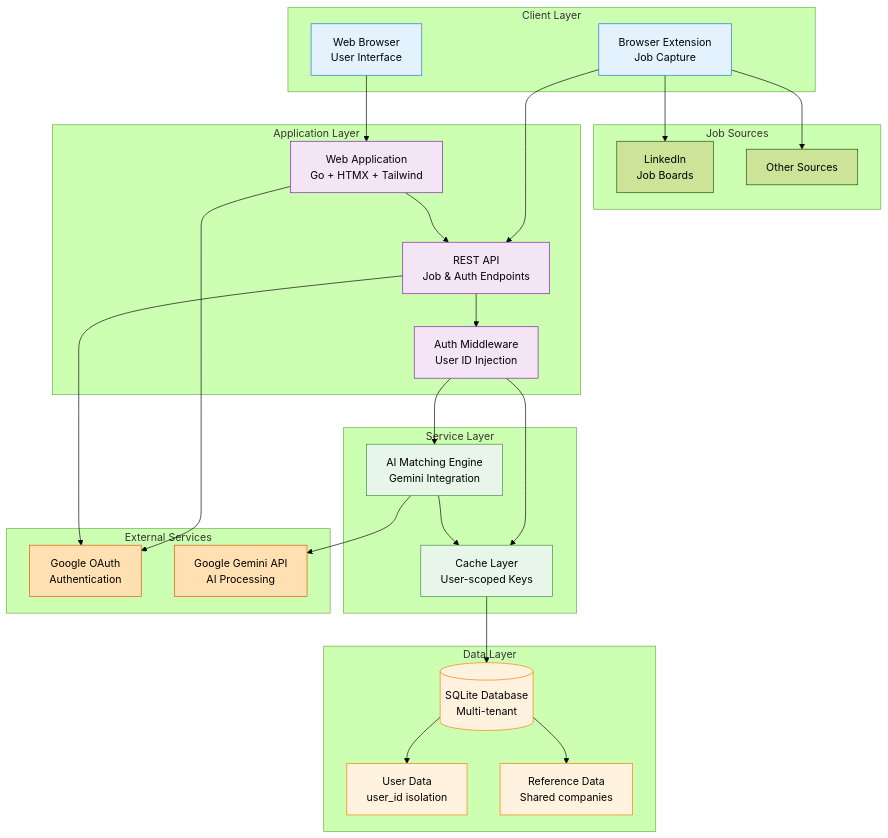
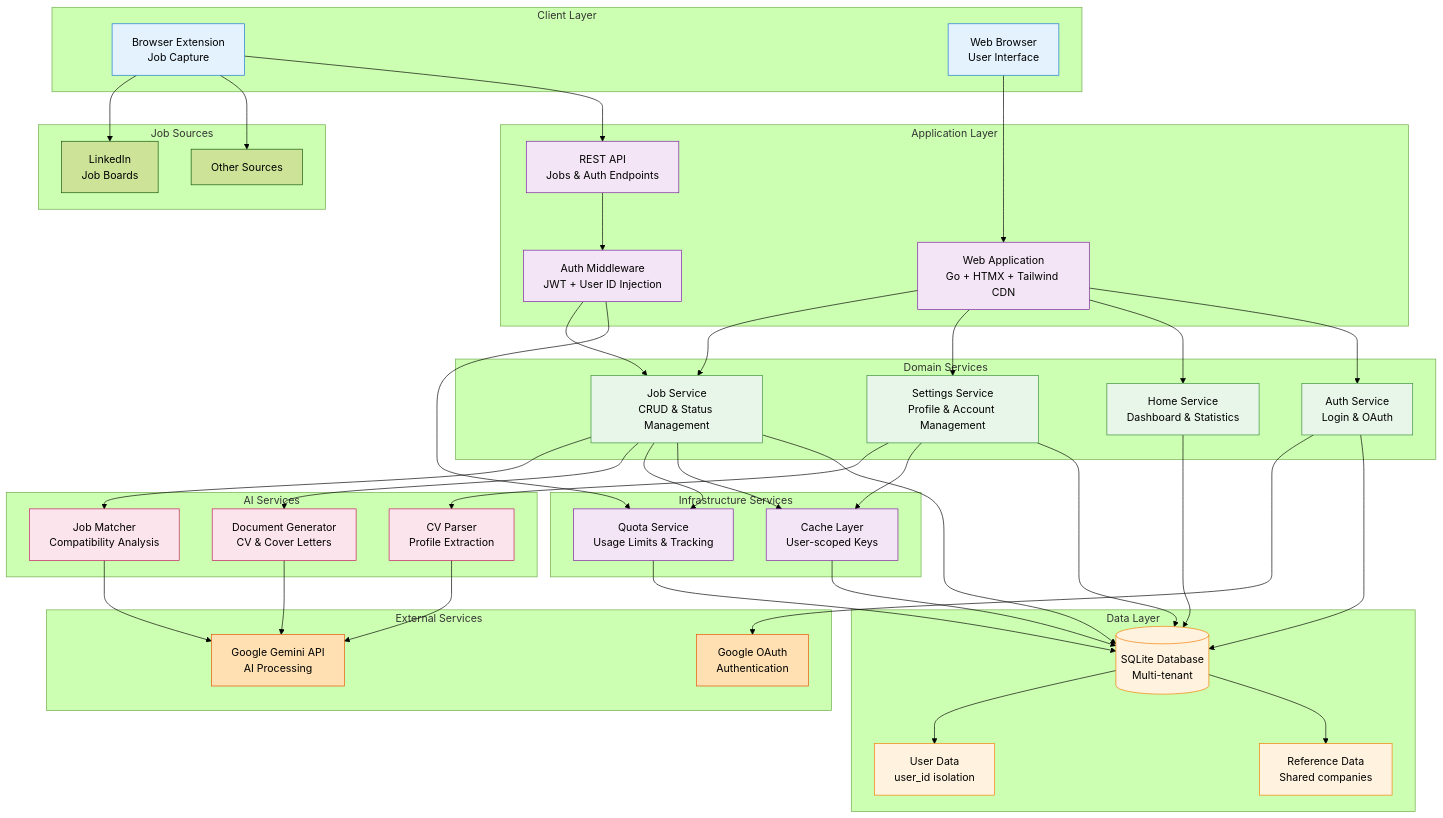
The diagram in docs/ARCHITECTURE.md (benidevo/vega), drawn with Mermaid (forest theme) before and after one commit. The commit also changed other lines of this file and 32 other files, not shown here.

````diff
--- a/docs/ARCHITECTURE.md
+++ b/docs/ARCHITECTURE.md
@@ -17,13 +17,26 @@
     end
 
     subgraph "Application Layer"
-        WA[Web Application<br/>Go + HTMX + Tailwind]
-        API[REST API<br/>Job & Auth Endpoints]
-        MW[Auth Middleware<br/>User ID Injection]
+        WA[Web Application<br/>Go + HTMX + Tailwind CDN]
+        API[REST API<br/>Jobs & Auth Endpoints]
+        MW[Auth Middleware<br/>JWT + User ID Injection]
     end
 
-    subgraph "Service Layer"
-        AI[AI Matching Engine<br/>Gemini Integration]
+    subgraph "Domain Services"
+        JOB[Job Service<br/>CRUD & Status Management]
+        SETTINGS[Settings Service<br/>Profile & Account Management]
+        HOME[Home Service<br/>Dashboard & Statistics]
+        AUTH[Auth Service<br/>Login & OAuth]
+    end
+
+    subgraph "AI Services"
+        AIMATCH[Job Matcher<br/>Compatibility Analysis]
+        AIGEN[Document Generator<br/>CV & Cover Letters]
+        AIPARSE[CV Parser<br/>Profile Extraction]
+    end
+
+    subgraph "Infrastructure Services"
+        QUOTA[Quota Service<br/>Usage Limits & Tracking]
         CACHE[Cache Layer<br/>User-scoped Keys]
     end
 
@@ -44,35 +57,59 @@
     BE --> API
     WB --> WA
 
-    %% Application flow
-    WA --> API
+    %% Web App to Services
+    WA --> JOB
+    WA --> SETTINGS
+    WA --> HOME
+    WA --> AUTH
+
+    %% API to Services
     API --> MW
-    MW --> AI
-    MW --> CACHE
+    MW --> JOB
+    MW --> QUOTA
 
-    %% Service layer
-    AI --> GEMINI
-    AI --> CACHE
+    %% Auth flows
+    AUTH --> OAUTH
+    AUTH --> DB
+
+    %% Domain to AI Services
+    JOB --> AIMATCH
+    JOB --> AIGEN
+    SETTINGS --> AIPARSE
+
+    %% AI to External
+    AIMATCH --> GEMINI
+    AIGEN --> GEMINI
+    AIPARSE --> GEMINI
+
+    %% Infrastructure
+    JOB --> QUOTA
+    QUOTA --> DB
+    JOB --> CACHE
+    SETTINGS --> CACHE
     CACHE --> DB
 
     %% Data layer
+    JOB --> DB
+    SETTINGS --> DB
+    HOME --> DB
     DB --> USR
     DB --> REF
-
-    %% Auth flow
-    WA --> OAUTH
-    API --> OAUTH
 
     %% Styling
     classDef client fill:#e3f2fd,stroke:#1976d2
     classDef app fill:#f3e5f5,stroke:#7b1fa2
-    classDef service fill:#e8f5e9,stroke:#388e3c
+    classDef domain fill:#e8f5e9,stroke:#388e3c
+    classDef ai fill:#fce4ec,stroke:#c2185b
+    classDef infra fill:#f3e5f5,stroke:#7b1fa2
     classDef data fill:#fff3e0,stroke:#f57c00
     classDef external fill:#ffe0b2,stroke:#e65100
 
     class BE,WB client
     class WA,API,MW app
-    class AI,CACHE service
+    class JOB,SETTINGS,HOME,AUTH domain
+    class AIMATCH,AIGEN,AIPARSE ai
+    class QUOTA,CACHE infra
     class DB,USR,REF data
     class OAUTH,GEMINI external
 ```
````
